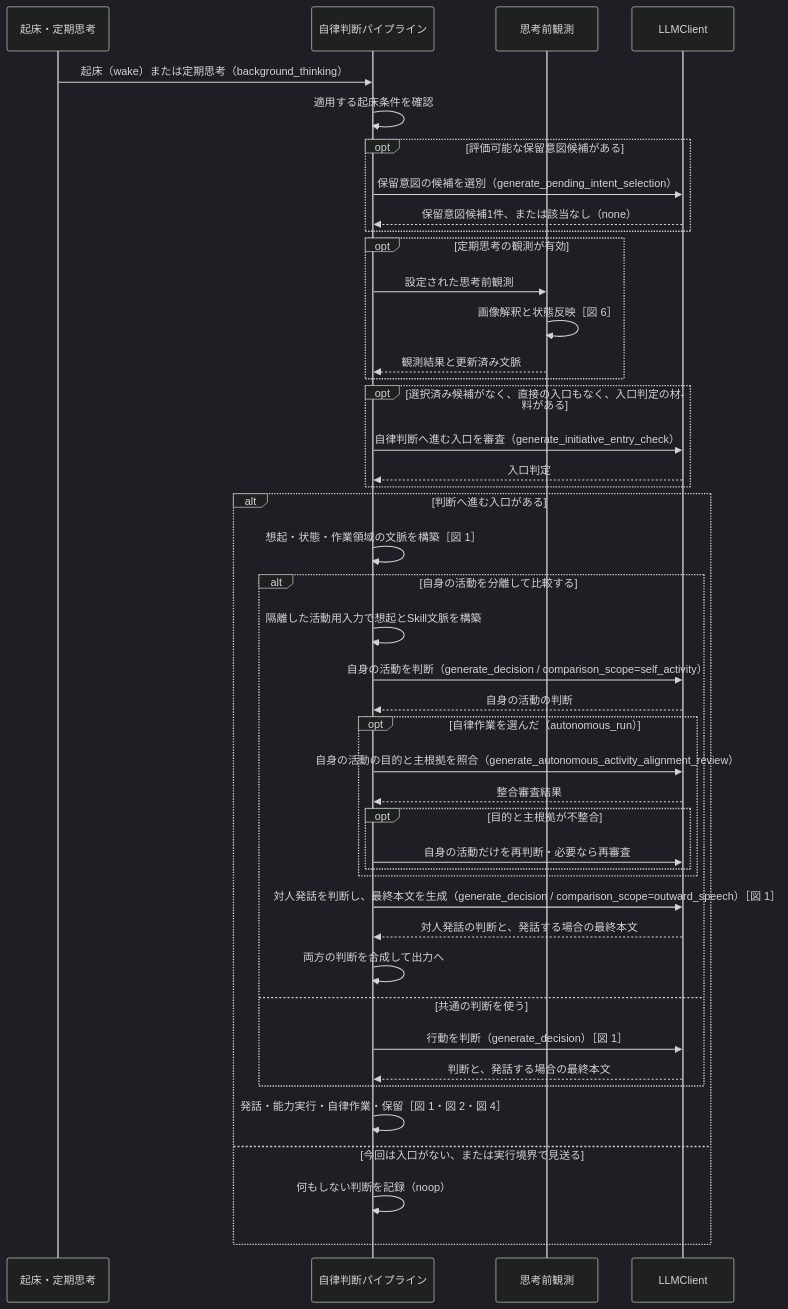
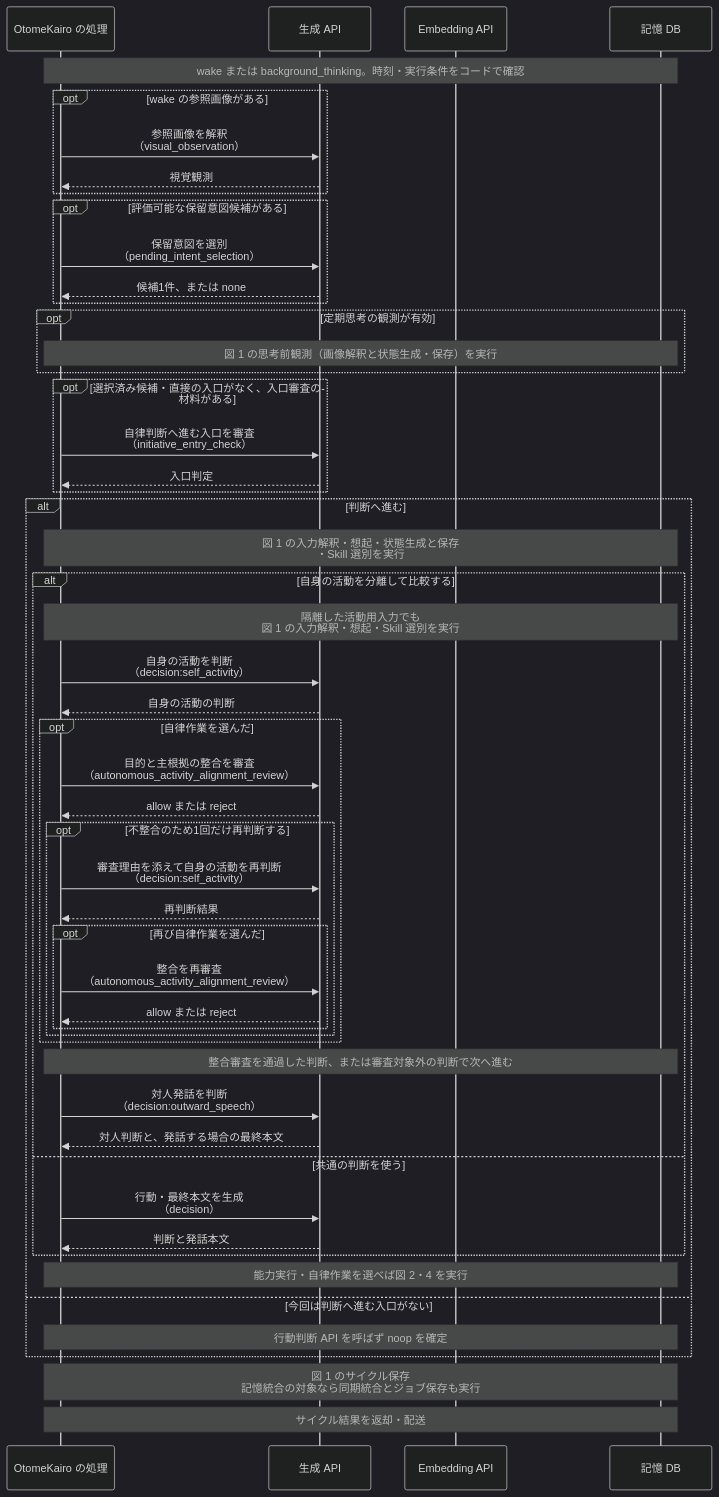
Before and after one commit to hirona98/OtomeKairo: the third of 7 diagrams in docs/design/llm/LLM呼び出しシーケンス.md, drawn with Mermaid (dark theme). The commit also changed other lines of this file and 2 other files, not shown here.

Commit message:
シーケンス図修正

````diff
--- a/docs/design/llm/LLM呼び出しシーケンス.md
+++ b/docs/design/llm/LLM呼び出しシーケンス.md
@@ -221,47 +256,55 @@
 ```mermaid
 sequenceDiagram
-    participant W as 起床・定期思考
-    participant C as 自律判断パイプライン
-    participant O as 思考前観測
-    participant L as LLMClient
+    participant C as OtomeKairo の処理
+    participant L as 生成 API
+    participant E as Embedding API
+    participant D as 記憶 DB
 
-    W->>C: 起床（wake）または定期思考（background_thinking）
-    C->>C: 適用する起床条件を確認
+    Note over C,D: wake または background_thinking。時刻・実行条件をコードで確認
+    opt wake の参照画像がある
+        C->>L: 参照画像を解釈<br>（visual_observation）
+        L-->>C: 視覚観測
+    end
     opt 評価可能な保留意図候補がある
-        C->>L: 保留意図の候補を選別（generate_pending_intent_selection）
-        L-->>C: 保留意図候補1件、または該当なし（none）
+        C->>L: 保留意図を選別<br>（pending_intent_selection）
+        L-->>C: 候補1件、または none
     end
     opt 定期思考の観測が有効
-        C->>O: 設定された思考前観測
-        O->>O: 画像解釈と状態反映［図 6］
-        O-->>C: 観測結果と更新済み文脈
+        Note over C,D: 図 1 の思考前観測（画像解釈と状態生成・保存）を実行
     end
-    opt 選択済み候補がなく、直接の入口もなく、入口判定の材料がある
-        C->>L: 自律判断へ進む入口を審査（generate_initiative_entry_check）
+    opt 選択済み候補・直接の入口がなく、入口審査の材料がある
+        C->>L: 自律判断へ進む入口を審査<br>（initiative_entry_check）
         L-->>C: 入口判定
     end
-    alt 判断へ進む入口がある
-        C->>C: 想起・状態・作業領域の文脈を構築［図 1］
+    alt 判断へ進む
+        Note over C,D: 図 1 の入力解釈・想起・状態生成と保存<br>・Skill 選別を実行
         alt 自身の活動を分離して比較する
-            C->>C: 隔離した活動用入力で想起とSkill文脈を構築
-            C->>L: 自身の活動を判断（generate_decision / comparison_scope=self_activity）
+            Note over C,D: 隔離した活動用入力でも<br>図 1 の入力解釈・想起・Skill 選別を実行
+            C->>L: 自身の活動を判断<br>（decision:self_activity）
             L-->>C: 自身の活動の判断
-            opt 自律作業を選んだ（autonomous_run）
-                C->>L: 自身の活動の目的と主根拠を照合（generate_autonomous_activity_alignment_review）
-                L-->>C: 整合審査結果
-                opt 目的と主根拠が不整合
-                    C->>L: 自身の活動だけを再判断・必要なら再審査
+            opt 自律作業を選んだ
+                C->>L: 目的と主根拠の整合を審査<br>（autonomous_activity_alignment_review）
+                L-->>C: allow または reject
+                opt 不整合のため1回だけ再判断する
+                    C->>L: 審査理由を添えて自身の活動を再判断<br>（decision:self_activity）
+                    L-->>C: 再判断結果
+                    opt 再び自律作業を選んだ
+                        C->>L: 整合を再審査<br>（autonomous_activity_alignment_review）
+                        L-->>C: allow または reject
+                    end
                 end
             end
-            C->>L: 対人発話を判断し、最終本文を生成（generate_decision / comparison_scope=outward_speech）［図 1］
-            L-->>C: 対人発話の判断と、発話する場合の最終本文
-            C->>C: 両方の判断を合成して出力へ
+            Note over C,D: 整合審査を通過した判断、または審査対象外の判断で次へ進む
+            C->>L: 対人発話を判断<br>（decision:outward_speech）
+            L-->>C: 対人判断と、発話する場合の最終本文
         else 共通の判断を使う
-            C->>L: 行動を判断（generate_decision）［図 1］
-            L-->>C: 判断と、発話する場合の最終本文
+            C->>L: 行動・最終本文を生成<br>（decision）
+            L-->>C: 判断と発話本文
         end
-        C->>C: 発話・能力実行・自律作業・保留［図 1・図 2・図 4］
-    else 今回は入口がない、または実行境界で見送る
-        C->>C: 何もしない判断を記録（noop）
+        Note over C,D: 能力実行・自律作業を選べば図 2・4 を実行
+    else 今回は判断へ進む入口がない
+        Note over C,D: 行動判断 API を呼ばず noop を確定
     end
+    Note over C,D: 図 1 のサイクル保存<br>記憶統合の対象なら同期統合とジョブ保存も実行
+    Note over C,D: サイクル結果を返却・配送
 ```
````
